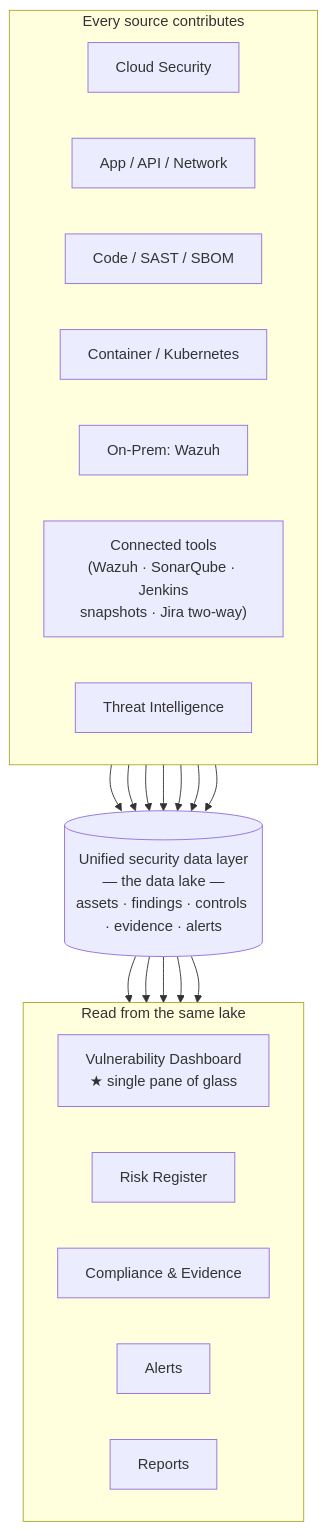
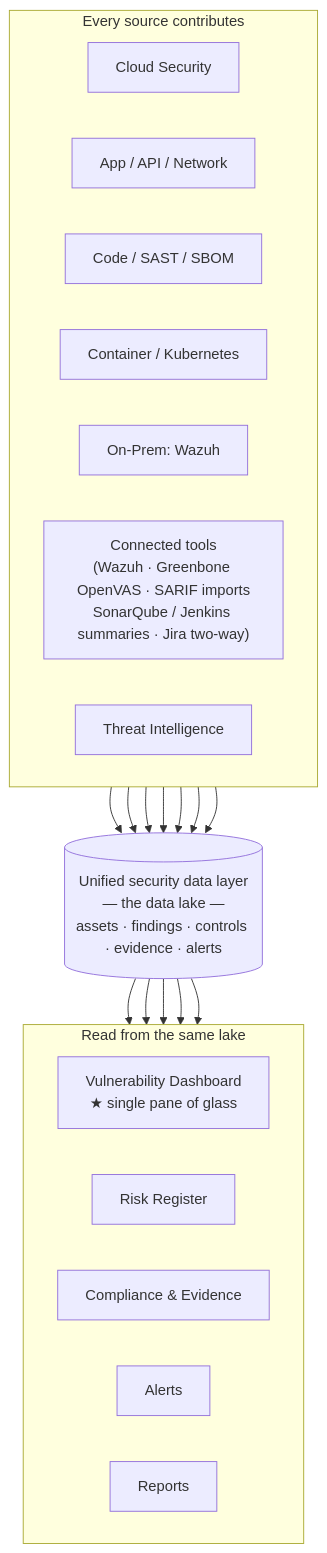
The diagram in docs/introduction/unified-data-layer.mdx (niteshsaini/offloadsecurity-docs), drawn with Mermaid before and after one commit. The commit also changed other lines of this file and 156 other files, not shown here.

````diff
--- a/docs/introduction/unified-data-layer.mdx
+++ b/docs/introduction/unified-data-layer.mdx
@@ -28,38 +28,38 @@
 ```mermaid
 flowchart TB
     subgraph Sources["Every source contributes"]
         direction LR
         CL["Cloud Security"]
         AP["App / API / Network"]
         CD["Code / SAST / SBOM"]
         CK["Container / Kubernetes"]
         WZ["On-Prem: Wazuh"]
-        TP["Connected tools<br/>(Wazuh · SonarQube · Jenkins<br/>snapshots · Jira two-way)"]
+        TP["Connected tools<br/>(Wazuh · Greenbone OpenVAS · SARIF imports<br/>SonarQube / Jenkins summaries · Jira two-way)"]
         TI["Threat Intelligence"]
     end
 
     LAKE[("Unified security data layer<br/>— the data lake —<br/>assets · findings · controls · evidence · alerts")]
 
     subgraph Panes["Read from the same lake"]
         direction LR
         VD["Vulnerability Dashboard<br/>★ single pane of glass"]
         RR["Risk Register"]
         CMP["Compliance & Evidence"]
         AL["Alerts"]
         REP["Reports"]
     end
 
     CL --> LAKE
     AP --> LAKE
     CD --> LAKE
     CK --> LAKE
     WZ --> LAKE
     TP --> LAKE
     TI --> LAKE
 
     LAKE --> VD
     LAKE --> RR
     LAKE --> CMP
     LAKE --> AL
     LAKE --> REP
 ```
````
